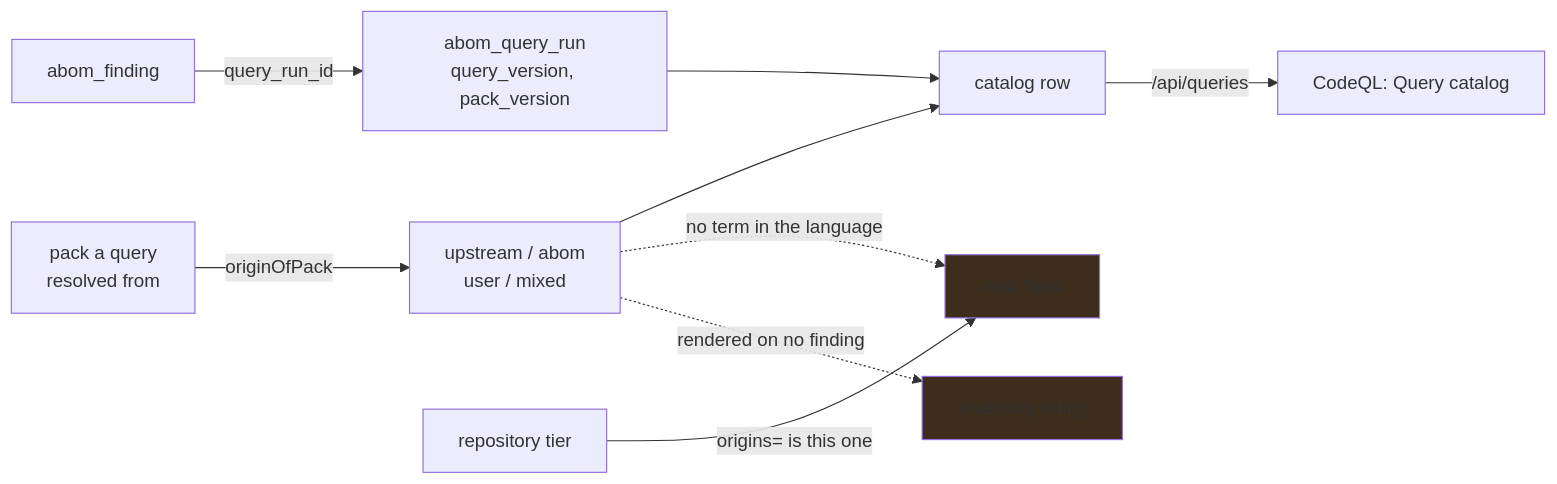
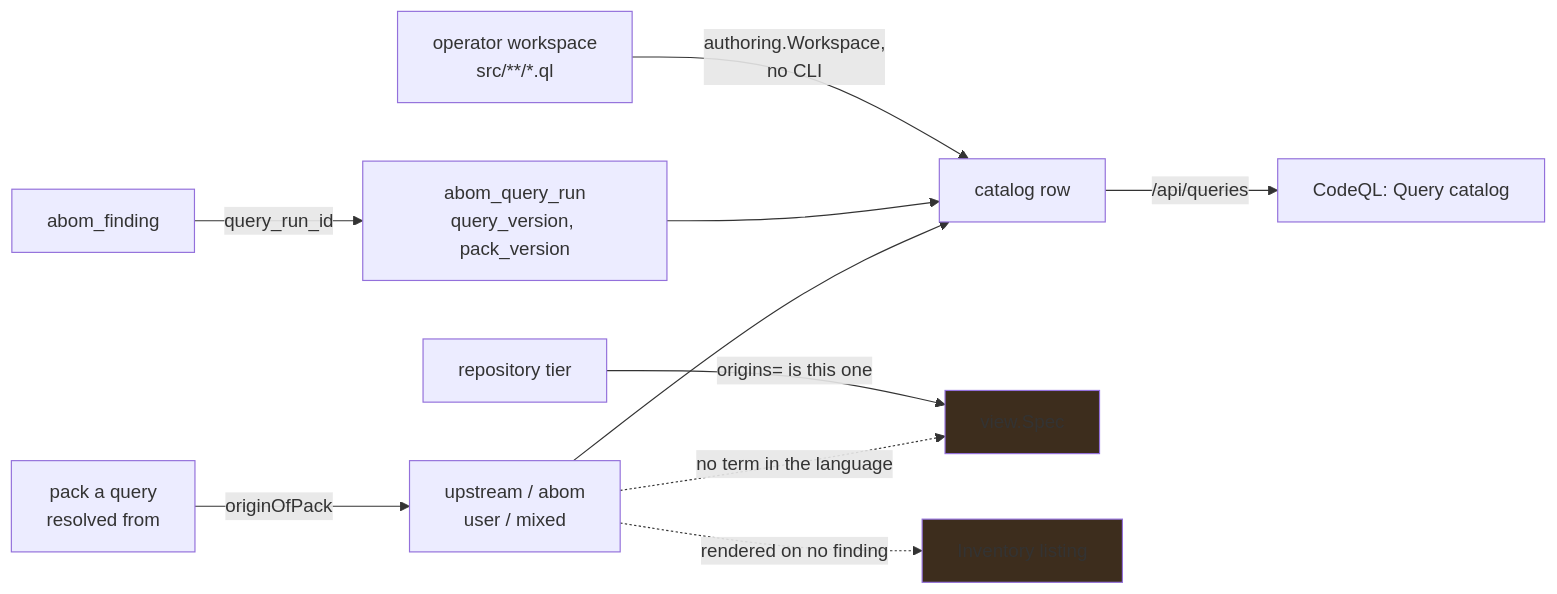
One commit to advanced-security/codeql-abom changed the diagram in plans/db/query-catalog.md. Above: the diagram before and after it, drawn with Mermaid. The commit also changed other lines of this file and 60 other files, not shown here.

````diff
--- a/plans/db/query-catalog.md
+++ b/plans/db/query-catalog.md
@@ -40,13 +41,14 @@
 ```mermaid
 flowchart LR
     PACK["pack a query<br/>resolved from"] -->|"originOfPack"| ORIGIN["upstream / abom<br/>user / mixed"]
     ORIGIN --> CAT["catalog row"]
     CAT -->|"/api/queries"| PAGE["CodeQL: Query catalog"]
     RUN["abom_query_run<br/>query_version, pack_version"] --> CAT
     FIND["abom_finding"] -->|"query_run_id"| RUN
     ORIGIN -. "no term in the language" .-> SPEC["view.Spec"]
     ORIGIN -. "rendered on no finding" .-> LIST["Inventory listing"]
     REPO["repository tier"] -->|"origins= is this one"| SPEC
+    WS["operator workspace<br/>src/**/*.ql"] -->|"authoring.Workspace,<br/>no CLI"| CAT
     style SPEC fill:#3d2d1d
     style LIST fill:#3d2d1d
 ```
````
